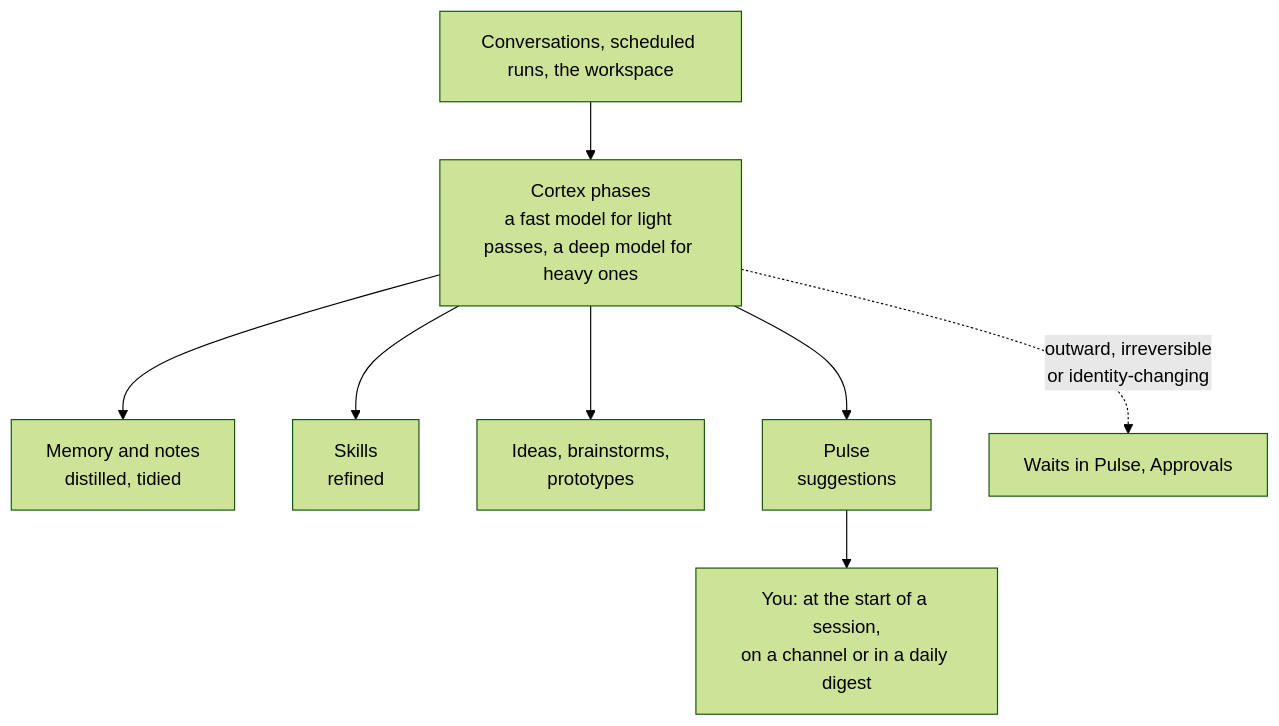
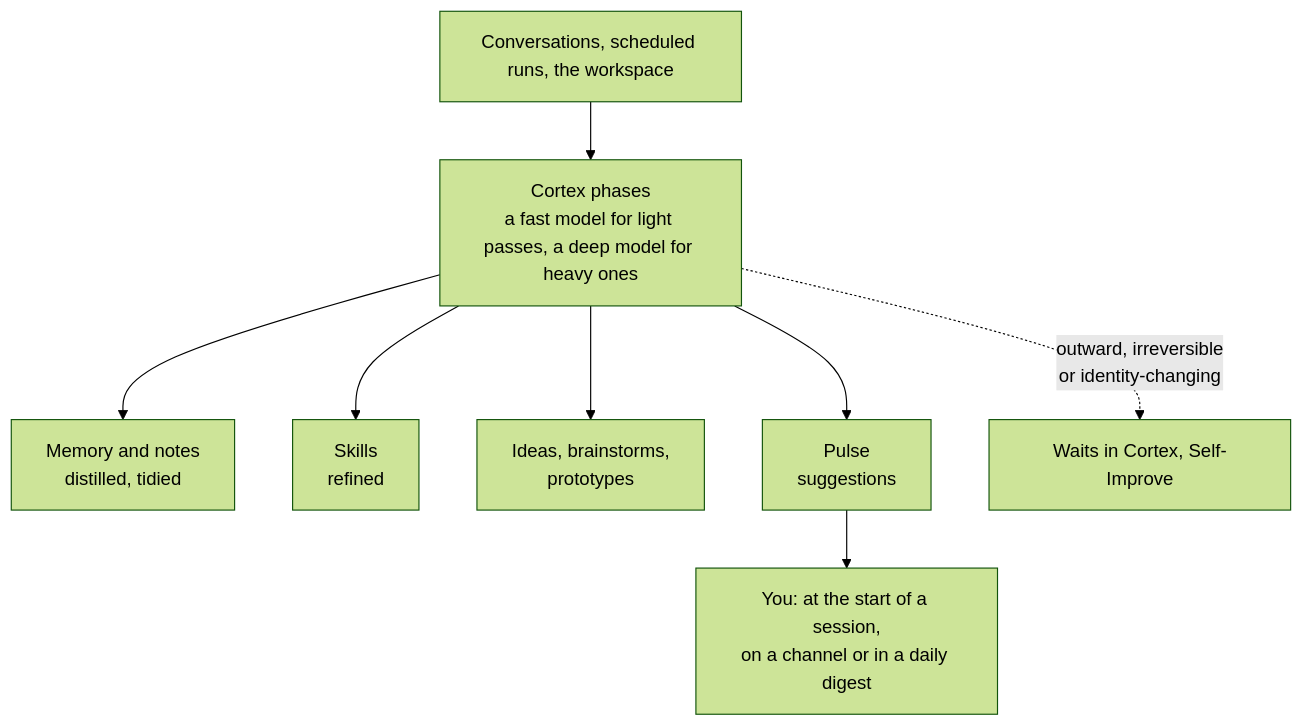
One commit to olano-ai/olano changed the first of 2 diagrams in docs/user-guide/feature-guides/cortex-and-pulse.md. Above: the diagram before and after it, drawn with Mermaid (forest theme). The commit also changed other lines of this file and 18 other files, not shown here.

````diff
--- a/docs/user-guide/feature-guides/cortex-and-pulse.md
+++ b/docs/user-guide/feature-guides/cortex-and-pulse.md
@@ -13,10 +13,10 @@
 ```mermaid
 flowchart TB
     IN["Conversations, scheduled runs, the workspace"] --> CX["Cortex phases<br/>a fast model for light passes, a deep model for heavy ones"]
     CX --> MEM["Memory and notes<br/>distilled, tidied"]
     CX --> SK["Skills<br/>refined"]
     CX --> ID["Ideas, brainstorms,<br/>prototypes"]
     CX --> PU["Pulse<br/>suggestions"]
     PU --> YOU["You: at the start of a session,<br/>on a channel or in a daily digest"]
-    CX -. "outward, irreversible<br/>or identity-changing" .-> AP["Waits in Pulse, Approvals"]
+    CX -. "outward, irreversible<br/>or identity-changing" .-> AP["Waits in Cortex, Self-Improve"]
 ```
````
